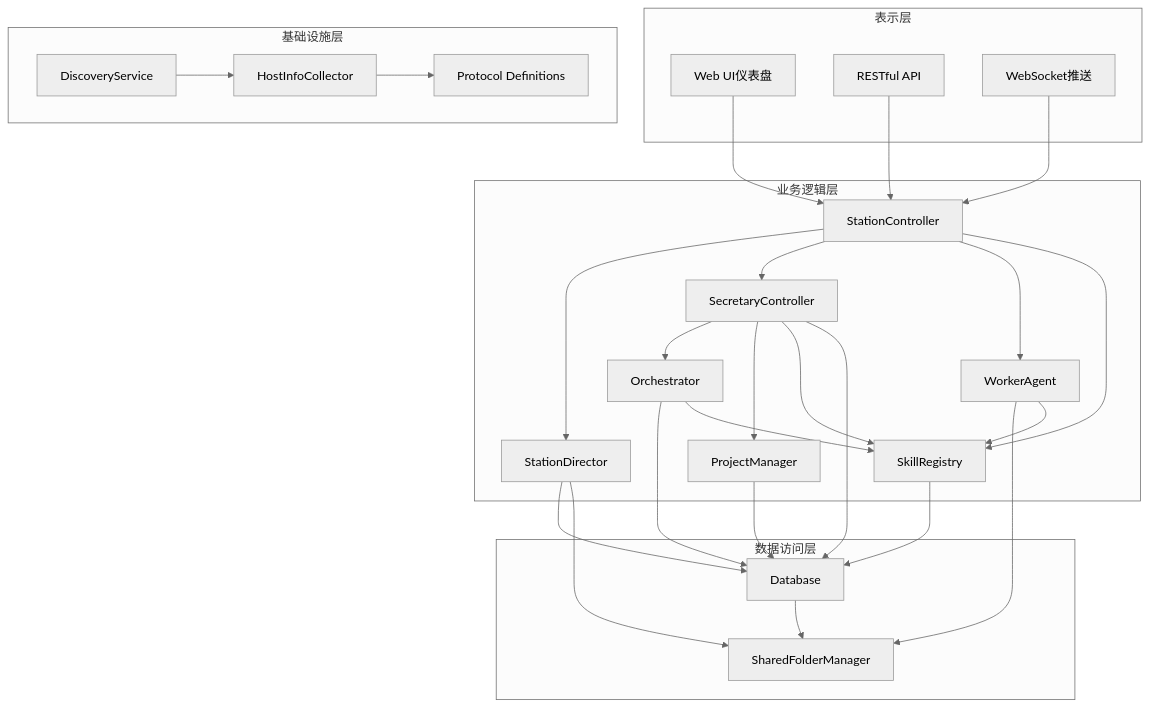
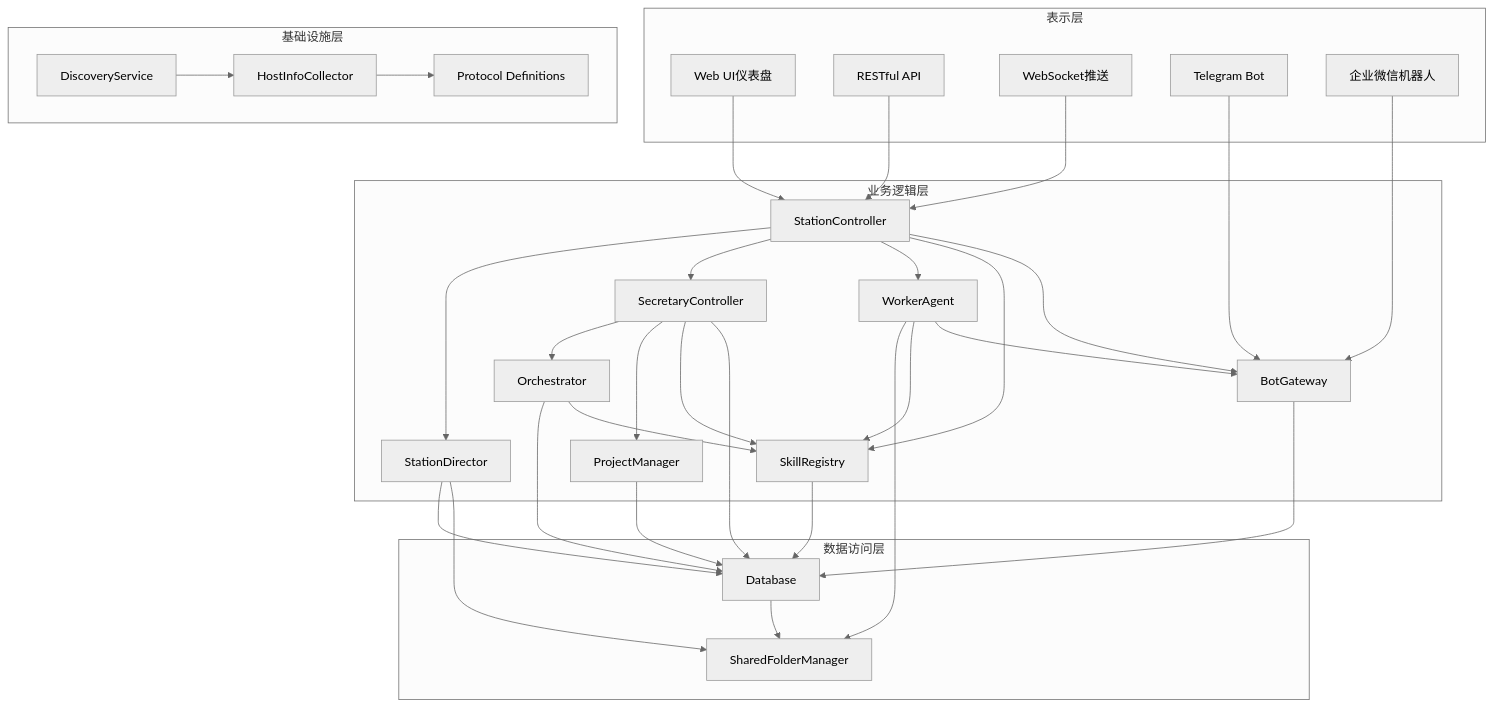
One commit to targalian/Personal-distributed-workstation changed the third of 19 diagrams in .qoder/repowiki/zh/content/核心模块/工作站管理模块.md. Above: the diagram before and after it, drawn with Mermaid (neutral theme). The commit also changed other lines of this file and 85 other files, not shown here.

````diff
--- a/.qoder/repowiki/zh/content/核心模块/工作站管理模块.md
+++ b/.qoder/repowiki/zh/content/核心模块/工作站管理模块.md
@@ -261,48 +300,56 @@
 ```mermaid
 graph TB
 subgraph "表示层"
 A[Web UI仪表盘]
 B[RESTful API]
 C[WebSocket推送]
+D[Telegram Bot]
+E[企业微信机器人]
 end
 subgraph "业务逻辑层"
-D[StationController]
-E[StationDirector]
-F[SecretaryController]
-G[WorkerAgent]
-H[Orchestrator]
-I[ProjectManager]
-J[SkillRegistry]
+F[StationController]
+G[StationDirector]
+H[SecretaryController]
+I[WorkerAgent]
+J[Orchestrator]
+K[ProjectManager]
+L[SkillRegistry]
+M[BotGateway]
 end
 subgraph "数据访问层"
-K[Database]
-L[SharedFolderManager]
+N[Database]
+O[SharedFolderManager]
 end
 subgraph "基础设施层"
-M[DiscoveryService]
-N[HostInfoCollector]
-O[Protocol Definitions]
+P[DiscoveryService]
+Q[HostInfoCollector]
+R[Protocol Definitions]
 end
-A --> D
-B --> D
-C --> D
-D --> E
-D --> F
-D --> G
-D --> J
-E --> K
-E --> L
+A --> F
+B --> F
+C --> F
+D --> M
+E --> M
+F --> G
 F --> H
 F --> I
-F --> J
-F --> K
-G --> L
-G --> J
+F --> L
+F --> M
+G --> N
+G --> O
+H --> J
 H --> K
-H --> J
-I --> K
-J --> K
-K --> L
+H --> L
+H --> N
+I --> O
+I --> L
+I --> M
+J --> N
+J --> L
+K --> N
+L --> N
 M --> N
 N --> O
+P --> Q
+Q --> R
 ```
````
